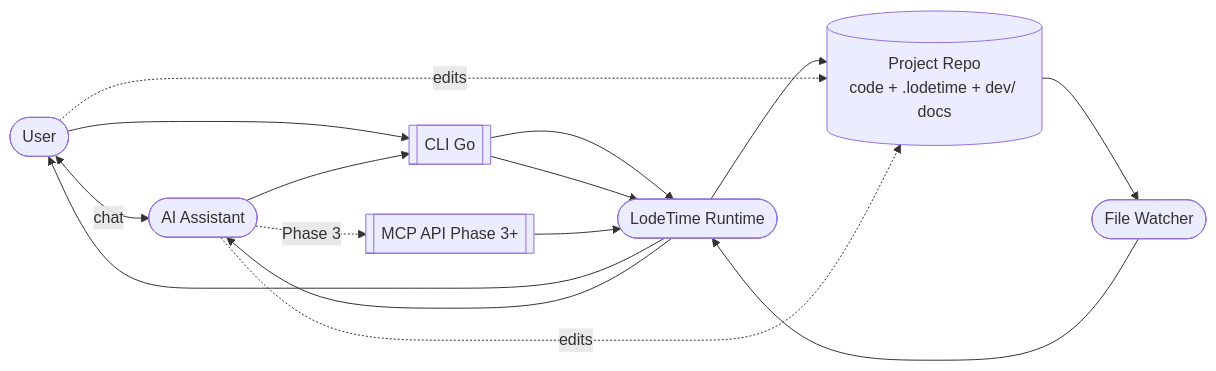
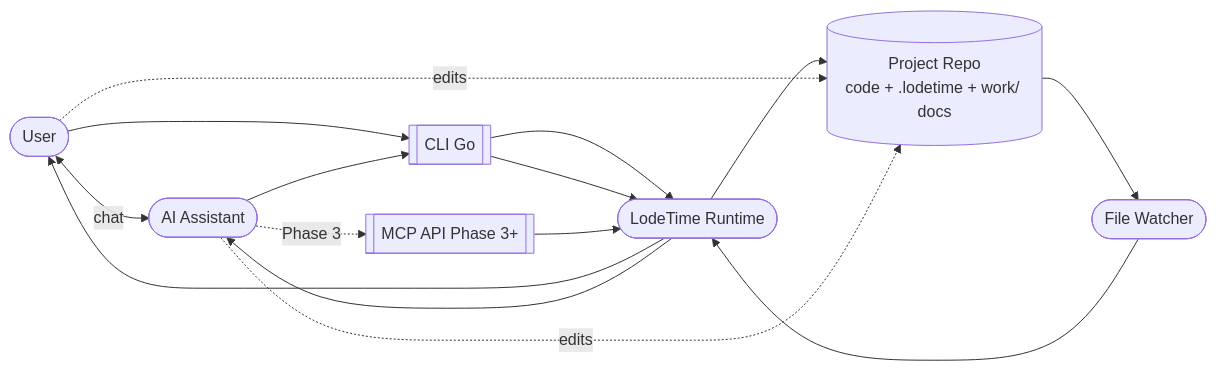
Before and after one commit to 23min/LodeTime: the first of 3 diagrams in docs/discussion/2026-02-01-lodetime-architecture-notes.md, drawn with Mermaid. The commit also changed other lines of this file and 82 other files, not shown here.

Commit message:
refactor: update to latest framework structure (ai→.ai, dev→work, architecture→epics)

````diff
--- a/docs/discussion/2026-02-01-lodetime-architecture-notes.md
+++ b/docs/discussion/2026-02-01-lodetime-architecture-notes.md
@@ -379,24 +379,24 @@
 ```mermaid
 flowchart LR
   user([User])
   ai([AI Assistant])
   ldt([LodeTime Runtime])
-  repo[(Project Repo<br/>code + .lodetime + dev/ docs)]
+  repo[(Project Repo<br/>code + .lodetime + work/ docs)]
   fs([File Watcher])
   cli[[CLI Go]]
   api[[MCP API Phase 3+]]
 
   user <-->|chat| ai
   user --> cli --> ldt
   ai --> cli --> ldt
   ai -. Phase 3 .-> api --> ldt
 
   repo --> fs --> ldt
   ldt --> repo
 
   ldt --> user
   ldt --> ai
 
   user -. edits .-> repo
   ai -. edits .-> repo
 ```
````
